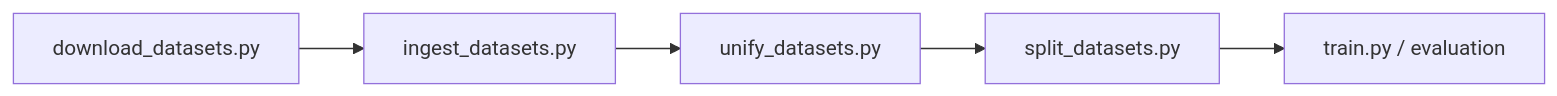
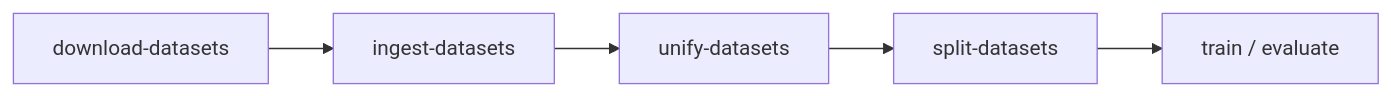
Before and after one commit to Qubut/Bias-Mitigation-in-Multiple-Agentic-Systems: the diagram in packages/bias-mitigation/docs/guides/how_to/scripts.md, drawn with Mermaid. The commit also changed other lines of this file and 2 other files, not shown here.

````diff
--- a/packages/bias-mitigation/docs/guides/how_to/scripts.md
+++ b/packages/bias-mitigation/docs/guides/how_to/scripts.md
@@ -16,7 +6,7 @@
 ```mermaid
 flowchart LR
-	A[download_datasets.py] --> B[ingest_datasets.py]
-	B --> C[unify_datasets.py]
-	C --> D[split_datasets.py]
-	D --> E[train.py / evaluation]
+    A[download-datasets] --> B[ingest-datasets]
+    B --> C[unify-datasets]
+    C --> D[split-datasets]
+    D --> E[train / evaluate]
 ```
````
